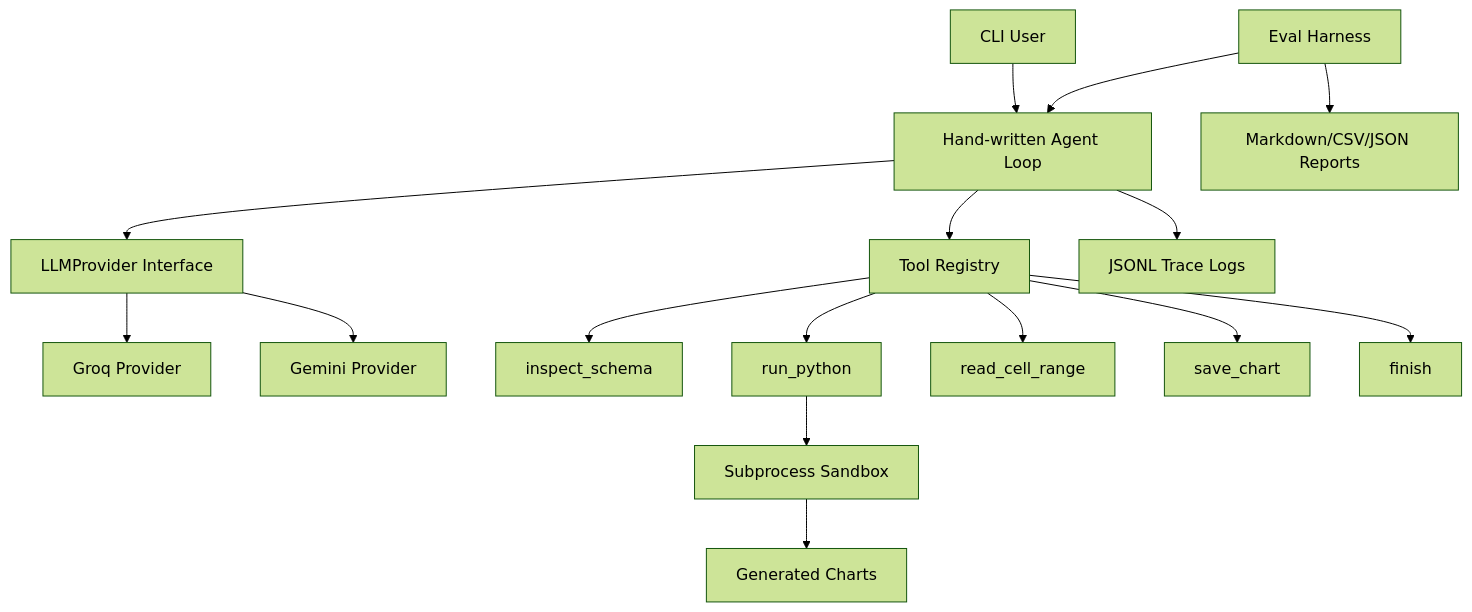
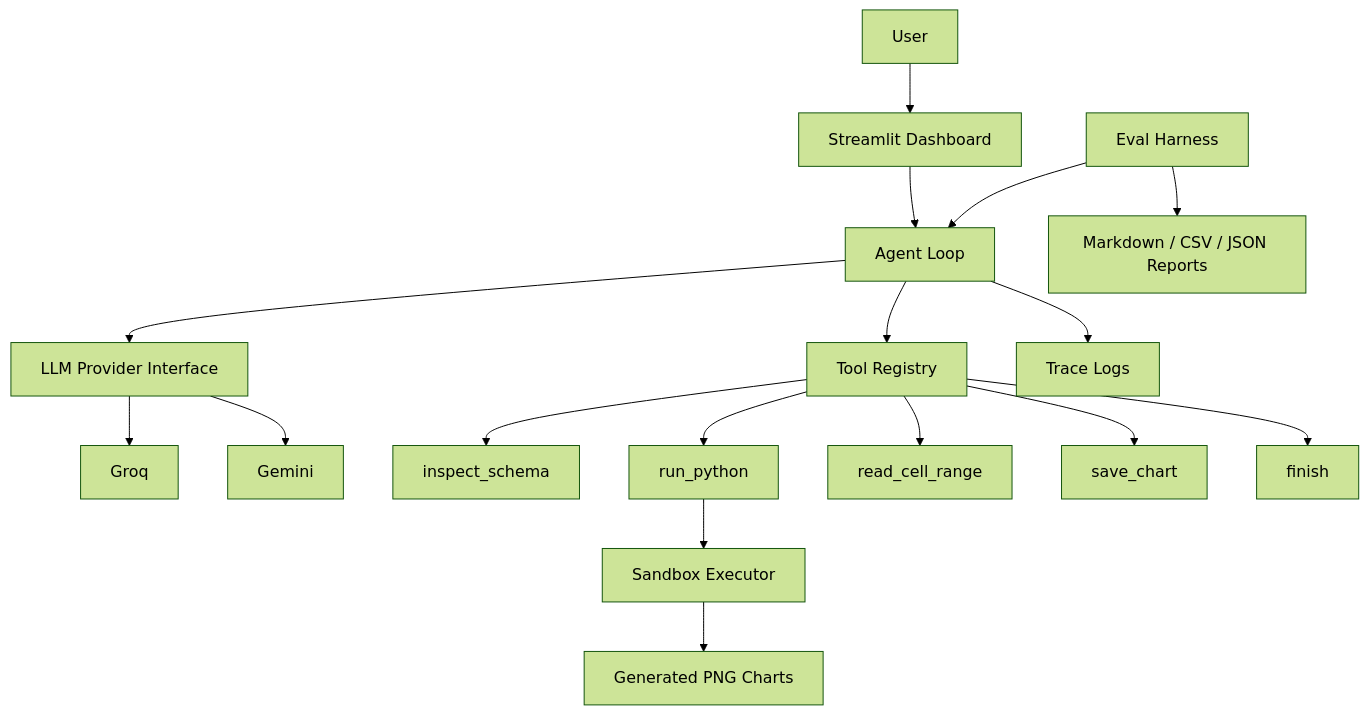
One commit to VanKaliafetis/ai-data-analysis-agent changed the diagram in README.md. Above: the diagram before and after it, drawn with Mermaid (forest theme). The commit also changed other lines of this file, not shown here.

Commit message:
Update README with screenshots and architecture docs

````diff
--- a/README.md
+++ b/README.md
@@ -100,18 +162,30 @@
 ```mermaid
 graph TD
-    U[CLI User] --> A[Hand-written Agent Loop]
-    A --> P[LLMProvider Interface]
-    P --> G[Groq Provider]
-    P --> M[Gemini Provider]
-    A --> R[Tool Registry]
-    R --> S1[inspect_schema]
-    R --> S2[run_python]
-    R --> S3[read_cell_range]
-    R --> S4[save_chart]
-    R --> S5[finish]
-    S2 --> X[Subprocess Sandbox]
-    X --> C[Generated Charts]
-    A --> T[JSONL Trace Logs]
+
+    U[User] --> UI[Streamlit Dashboard]
+
+    UI --> A[Agent Loop]
+
+    A --> P[LLM Provider Interface]
+
+    P --> G[Groq]
+    P --> GM[Gemini]
+
+    A --> T[Tool Registry]
+
+    T --> S1[inspect_schema]
+    T --> S2[run_python]
+    T --> S3[read_cell_range]
+    T --> S4[save_chart]
+    T --> S5[finish]
+
+    S2 --> X[Sandbox Executor]
+
+    X --> C[Generated PNG Charts]
+
+    A --> L[Trace Logs]
+
     E[Eval Harness] --> A
-    E --> O[Markdown/CSV/JSON Reports]
+
+    E --> R[Markdown / CSV / JSON Reports]
 ```
````
